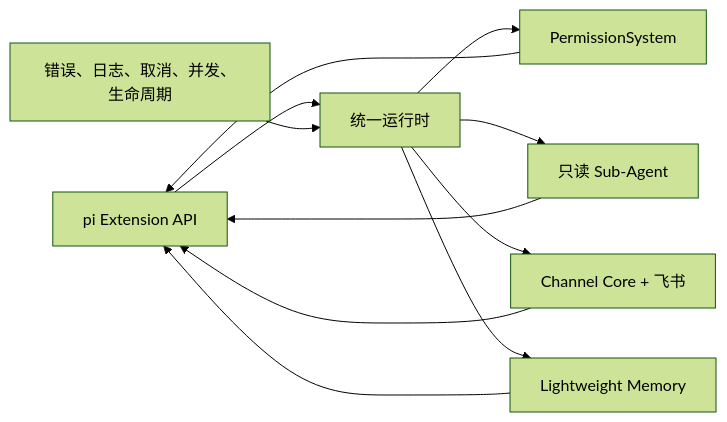
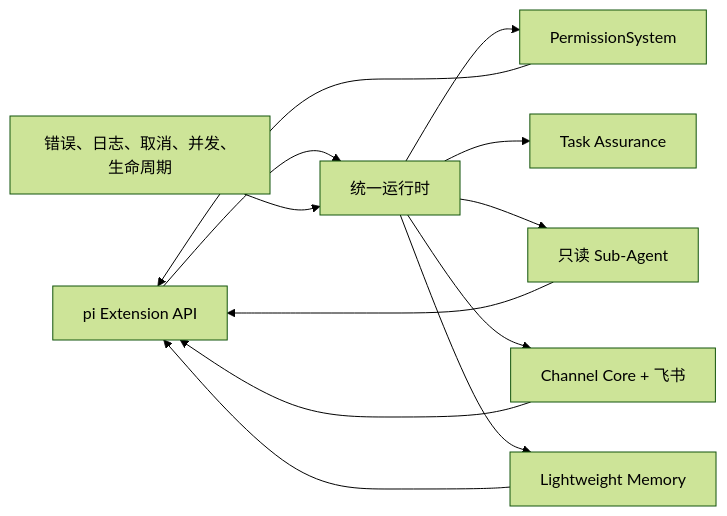
Before and after one commit to ReadNULL/Bumblebee: the diagram in README.md, drawn with Mermaid (forest theme). The commit also changed other lines of this file and 37 other files, not shown here.

````diff
--- a/README.md
+++ b/README.md
@@ -28,13 +28,14 @@
 ```mermaid
 flowchart LR
   Pi["pi Extension API"] --> Runtime["统一运行时"]
   Runtime --> Permission["PermissionSystem"]
+  Runtime --> Assurance["Task Assurance"]
   Runtime --> SubAgent["只读 Sub-Agent"]
   Runtime --> Channel["Channel Core + 飞书"]
   Runtime --> Memory["Lightweight Memory"]
   Foundation["错误、日志、取消、并发、生命周期"] --> Runtime
   Permission --> Pi
   SubAgent --> Pi
   Channel --> Pi
   Memory --> Pi
 ```
````
